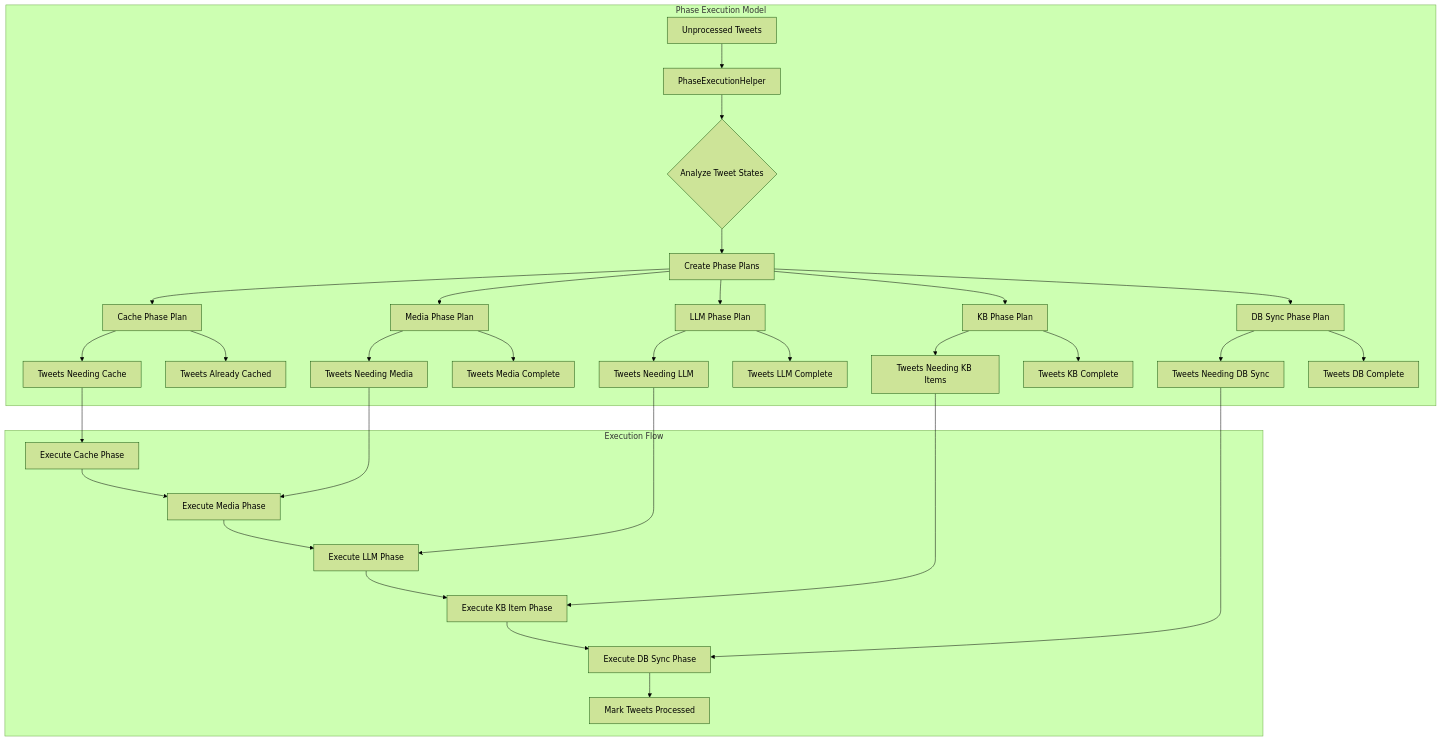
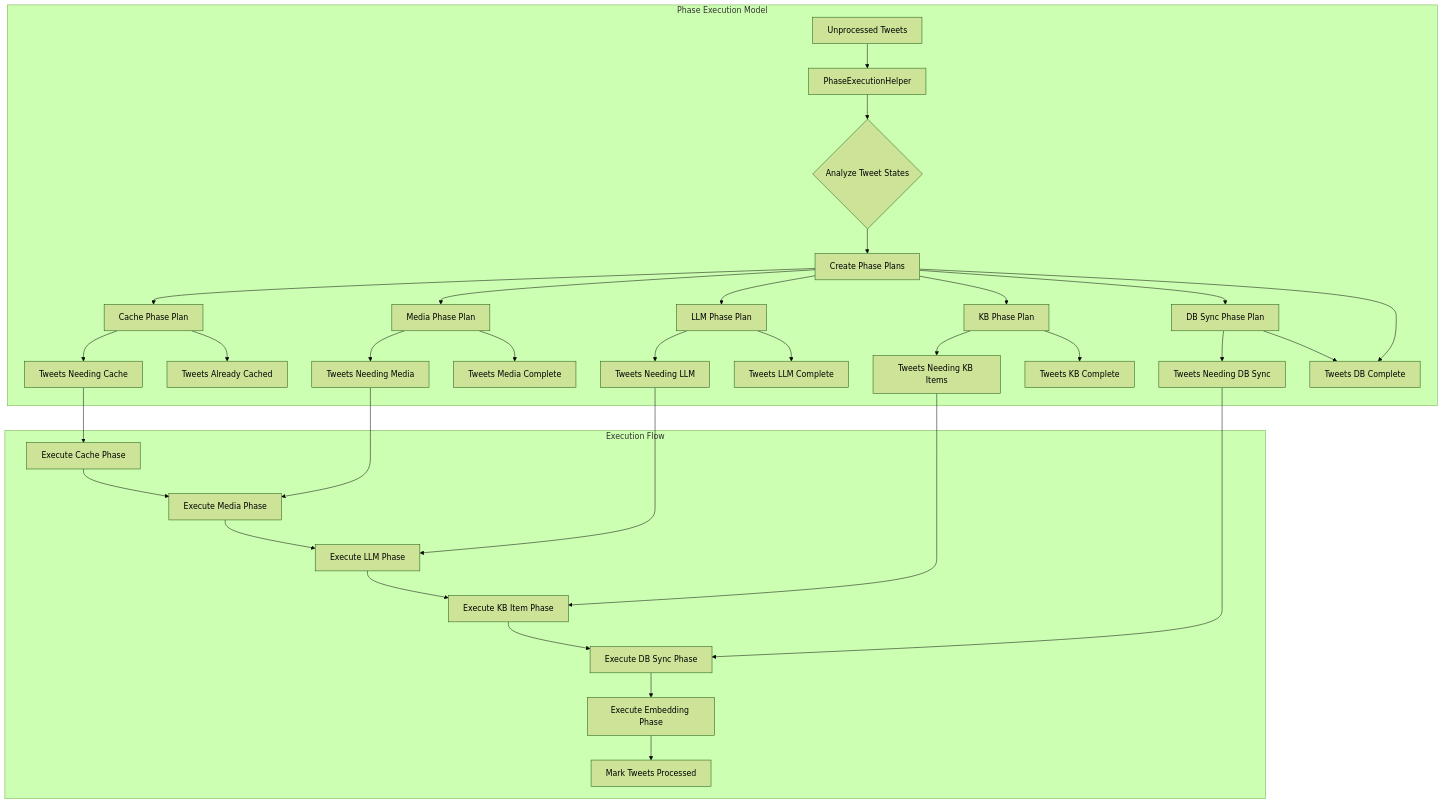
One commit to nepenth/AI-Agents changed the second of 4 diagrams in knowledge-base/docs/implementation_plan.md. Above: the diagram before and after it, drawn with Mermaid (forest theme). The commit also changed other lines of this file and 56 other files, not shown here.

````diff
--- a/knowledge-base/docs/implementation_plan.md
+++ b/knowledge-base/docs/implementation_plan.md
@@ -98,43 +147,45 @@
 ```mermaid
 graph TD
     subgraph "Phase Execution Model"
         A[Unprocessed Tweets] --> B[PhaseExecutionHelper]
         B --> C{Analyze Tweet States}
         C --> D[Create Phase Plans]
         
         D --> E[Cache Phase Plan]
         D --> F[Media Phase Plan] 
         D --> G[LLM Phase Plan]
         D --> H[KB Phase Plan]
         D --> I[DB Sync Phase Plan]
+        D --> I2[Embedding Phase Plan]
         
         E --> E1[Tweets Needing Cache]
         E --> E2[Tweets Already Cached]
         
         F --> F1[Tweets Needing Media]
         F --> F2[Tweets Media Complete]
         
         G --> G1[Tweets Needing LLM]
         G --> G2[Tweets LLM Complete]
         
         H --> H1[Tweets Needing KB Items]
         H --> H2[Tweets KB Complete]
         
         I --> I1[Tweets Needing DB Sync]
         I --> I2[Tweets DB Complete]
     end
     
     subgraph "Execution Flow"
         J[Execute Cache Phase] --> K[Execute Media Phase]
         K --> L[Execute LLM Phase]
         L --> M[Execute KB Item Phase]
         M --> N[Execute DB Sync Phase]
-        N --> O[Mark Tweets Processed]
+        N --> P[Execute Embedding Phase]
+        P --> O[Mark Tweets Processed]
     end
     
     E1 --> J
     F1 --> K
     G1 --> L
     H1 --> M
     I1 --> N
 ```
````
